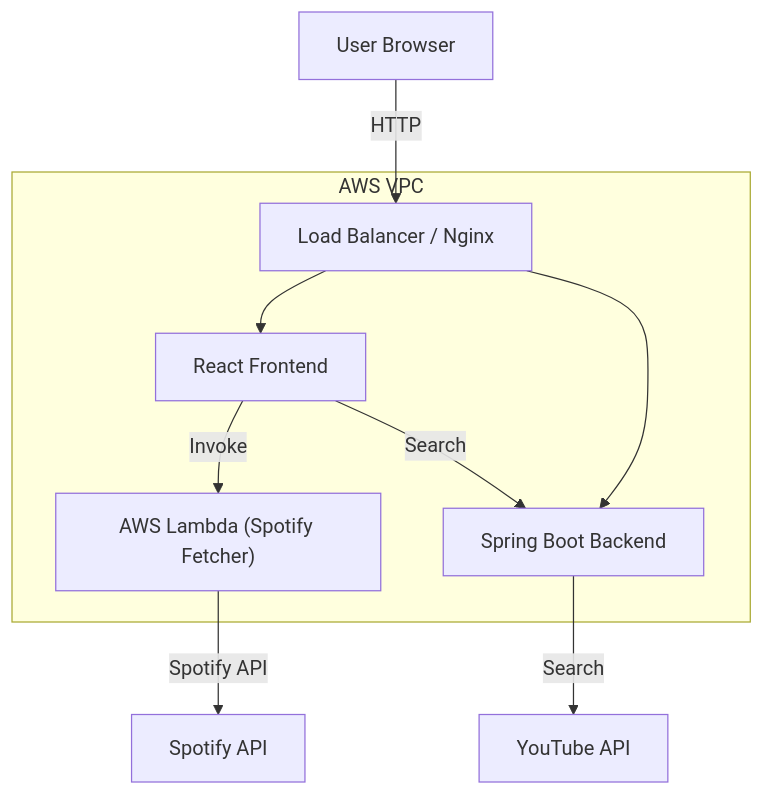
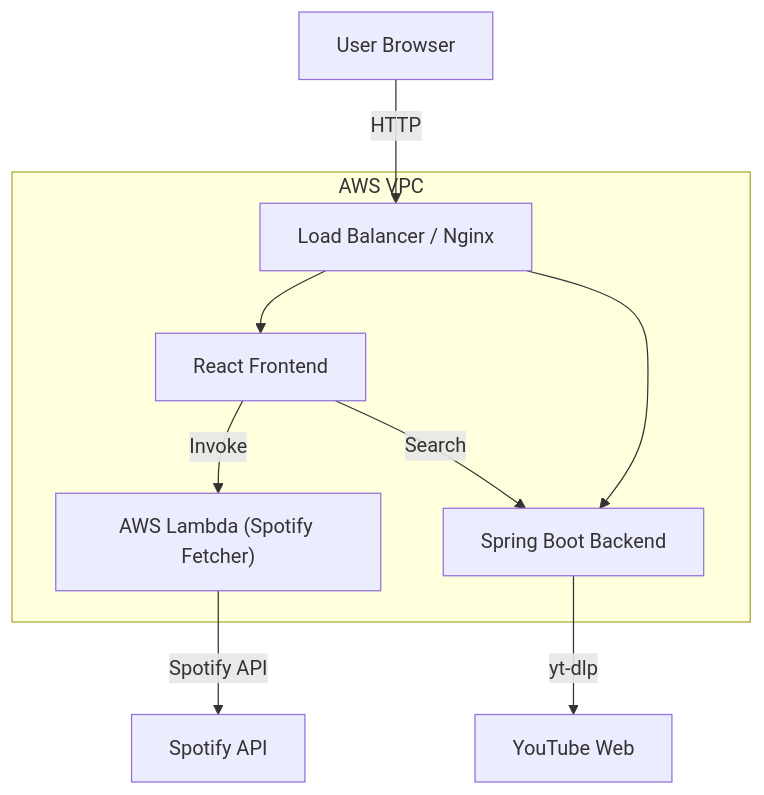
The diagram in README.md (barispolatt/Spotify-Youtube-List-Converter), drawn with Mermaid before and after one commit. The commit also changed other lines of this file and 6 other files, not shown here.

````diff
--- a/README.md
+++ b/README.md
@@ -31,20 +31,20 @@
 ```mermaid
 graph TD
     User[User Browser]
     
     subgraph AWS VPC
         LB["Load Balancer / Nginx"]
         Frontend["React Frontend"]
         Backend["Spring Boot Backend"]
         Lambda["AWS Lambda (Spotify Fetcher)"]
     end
-    DB["YouTube API"]
+    DB["YouTube Web"]
 
     User -->|HTTP| LB
     LB --> Frontend
     LB --> Backend
     Frontend -->|Invoke| Lambda
     Frontend -->|Search| Backend
-    Backend -->|Search| DB
+    Backend -->|yt-dlp| DB
     Lambda -->|Spotify API| Spotify[Spotify API]
 ```
````
